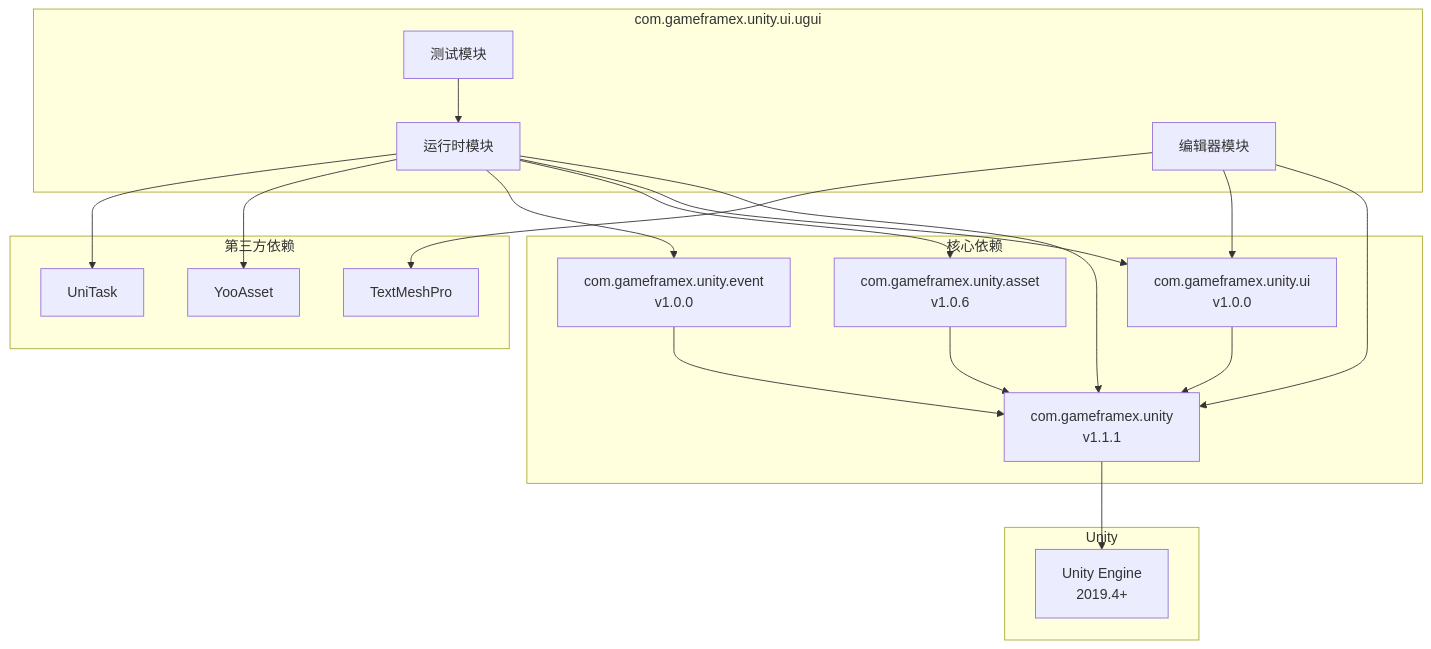
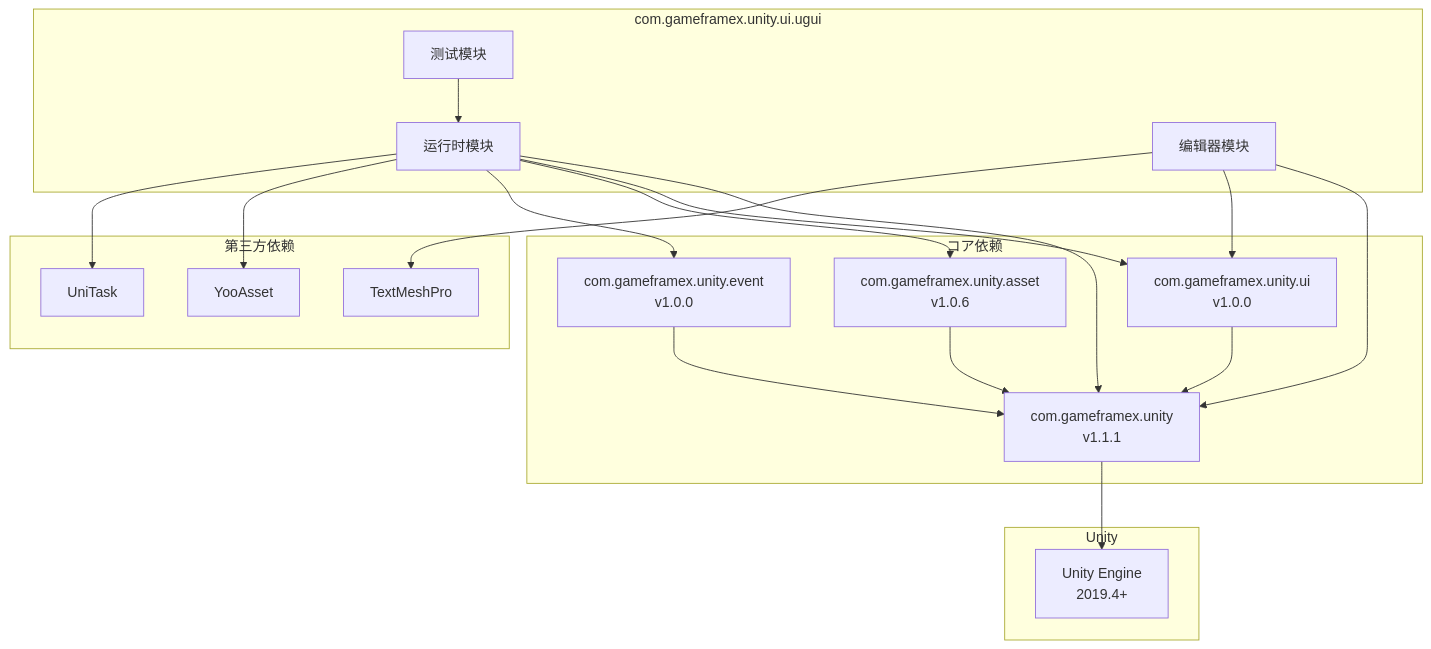
The diagram in docs/ja/client/unity/component/ui-ugui/05.dependencies.md (AlianBlank/GameFrameX.Docs), drawn with Mermaid before and after one commit. The commit also changed other lines of this file and 603 other files, not shown here.

````diff
--- a/docs/ja/client/unity/component/ui-ugui/05.dependencies.md
+++ b/docs/ja/client/unity/component/ui-ugui/05.dependencies.md
@@ -99,40 +99,40 @@
 ```mermaid
 graph TD
     subgraph GameFrameX_UGUI["com.gameframex.unity.ui.ugui"]
         Runtime["运行时模块"]
         Editor["编辑器模块"]
         Tests["测试模块"]
     end
 
-    subgraph Core_Dependencies["核心依赖"]
+    subgraph Core_Dependencies["コア依赖"]
         Core["com.gameframex.unity<br/>v1.1.1"]
         UI["com.gameframex.unity.ui<br/>v1.0.0"]
         Asset["com.gameframex.unity.asset<br/>v1.0.6"]
         Event["com.gameframex.unity.event<br/>v1.0.0"]
     end
 
     subgraph ThirdParty["第三方依赖"]
         YooAsset["YooAsset"]
         UniTask["UniTask"]
         TMP["TextMeshPro"]
     end
 
     subgraph Unity["Unity"]
         UnityEngine["Unity Engine<br/>2019.4+"]
     end
 
     Runtime --> Core
     Runtime --> UI
     Runtime --> Asset
     Runtime --> Event
     Runtime --> YooAsset
     Runtime --> UniTask
     Editor --> Core
     Editor --> UI
     Editor --> TMP
     Tests --> Runtime
     Core --> UnityEngine
     UI --> Core
     Asset --> Core
     Event --> Core
 ```
````
